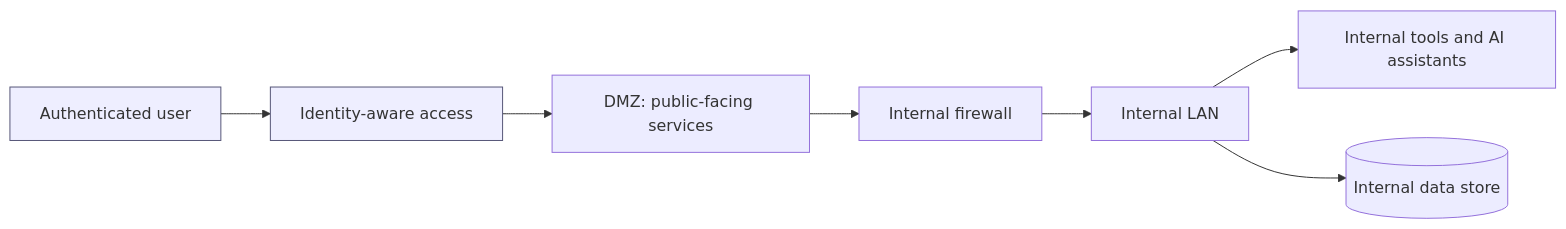
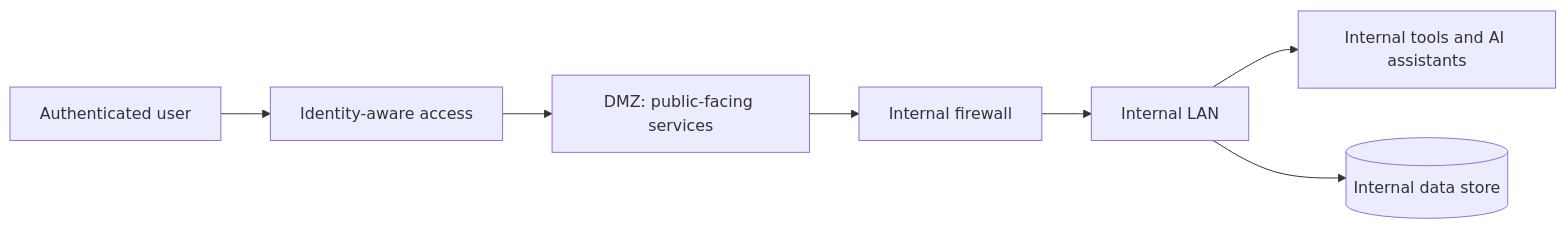
Before and after one commit to DeharengOlivier/case-studies: the first of 2 diagrams in innpact.md, drawn with Mermaid. The commit also changed other lines of this file, not shown here.

````diff
--- a/innpact.md
+++ b/innpact.md
@@ -29,11 +46,9 @@
 ```mermaid
 flowchart LR
     User[Authenticated user] --> IAP[Identity-aware access]
     IAP --> DMZ[DMZ: public-facing services]
     DMZ --> FW[Internal firewall]
     FW --> LAN[Internal LAN]
     LAN --> Tools[Internal tools and AI assistants]
     LAN --> Store[(Internal data store)]
-    classDef ext fill:#eef,stroke:#557;
-    class User,IAP ext;
 ```
````
